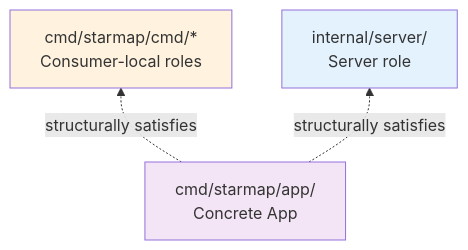
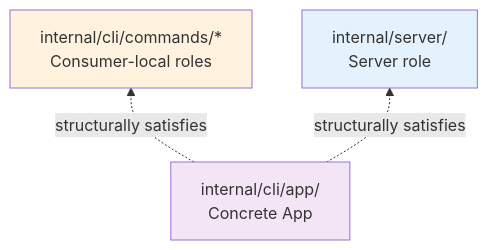
One commit to agentstation/starmap changed the second of 8 diagrams in docs/ARCHITECTURE.md. Above: the diagram before and after it, drawn with Mermaid. The commit also changed other lines of this file and 354 other files, not shown here.

````diff
--- a/docs/ARCHITECTURE.md
+++ b/docs/ARCHITECTURE.md
@@ -241,13 +243,13 @@
 ```mermaid
 flowchart BT
-    APP[cmd/starmap/app/<br/>Concrete App]
-    CMD[cmd/starmap/cmd/*<br/>Consumer-local roles]
+    APP[internal/cli/app/<br/>Concrete App]
+    CMD[internal/cli/commands/*<br/>Consumer-local roles]
     SERVER[internal/server/<br/>Server role]
 
     APP -.structurally satisfies.-> CMD
     APP -.structurally satisfies.-> SERVER
 
     style CMD fill:#fff3e0
     style SERVER fill:#e3f2fd
     style APP fill:#f3e5f5
 ```
````
